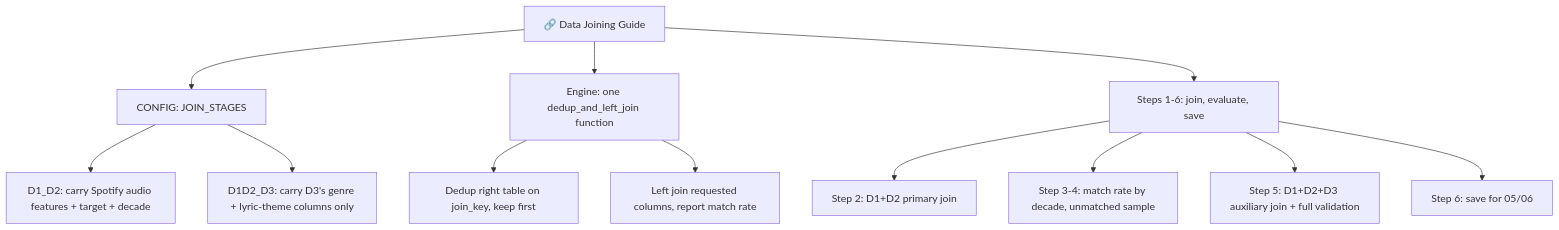
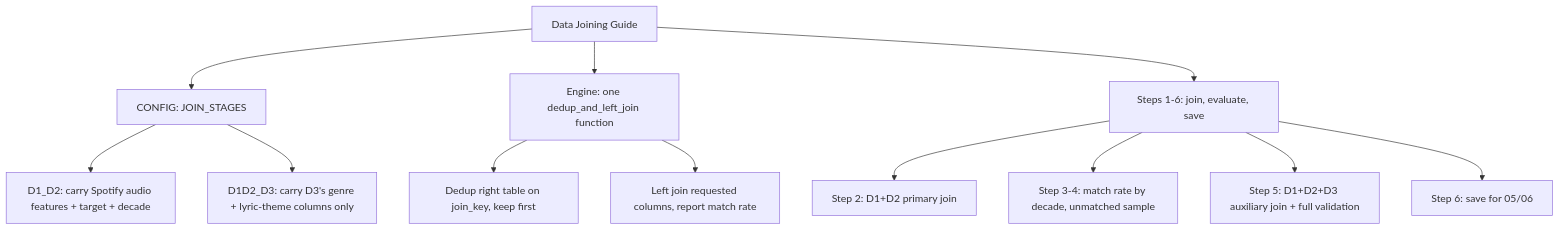
One commit to Vivian-be-nerd/FuWei-Portfolio changed the diagram in pipeline-guides/04_data_Joining.md. Above: the diagram before and after it, drawn with Mermaid. The commit also changed other lines of this file and 4 other files, not shown here.

````diff
--- a/pipeline-guides/04_data_Joining.md
+++ b/pipeline-guides/04_data_Joining.md
@@ -3,17 +3,17 @@
 ```mermaid
 flowchart TD
-    A[🔗 Data Joining Guide] --> B[CONFIG: JOIN_STAGES]
+    A[Data Joining Guide] --> B[CONFIG: JOIN_STAGES]
     A --> C[Engine: one dedup_and_left_join function]
     A --> D[Steps 1-6: join, evaluate, save]
 
     B --> B1[D1_D2: carry Spotify audio features + target + decade]
     B --> B2[D1D2_D3: carry D3's genre + lyric-theme columns only]
 
     C --> C1[Dedup right table on join_key, keep first]
     C --> C2[Left join requested columns, report match rate]
 
     D --> D1[Step 2: D1+D2 primary join]
     D --> D2[Step 3-4: match rate by decade, unmatched sample]
     D --> D3[Step 5: D1+D2+D3 auxiliary join + full validation]
     D --> D4[Step 6: save for 05/06]
 ```
````
